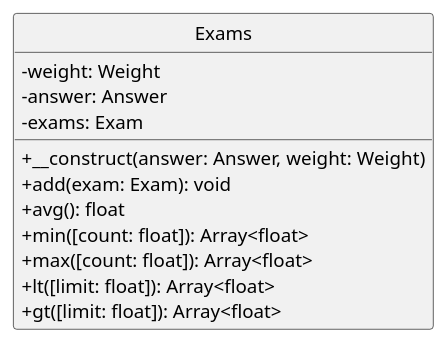
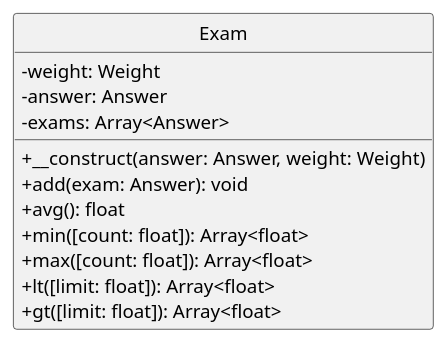
The diagram in src/pages/exercises/object-exam/_assets/object-exams.pu (ifpb/exercises), drawn with PlantUML before and after one commit. The commit also changed 6 other files, not shown here.

```diff
--- a/src/pages/exercises/object-exam/_assets/object-exams.pu
+++ b/src/pages/exercises/object-exam/_assets/object-exams.pu
@@ -1,18 +1,18 @@
 @startuml
 skinparam classAttributeIconSize 0
 skinparam monochrome true
 hide circle
 
-class Exams {
+class Exam {
   -weight: Weight
   -answer: Answer
-  -exams: Exam
+  -exams: Array<Answer>
   +__construct(answer: Answer, weight: Weight)
-  +add(exam: Exam): void
+  +add(exam: Answer): void
   +avg(): float
   +min([count: float]): Array<float>
   +max([count: float]): Array<float>
   +lt([limit: float]): Array<float>
   +gt([limit: float]): Array<float>
 }
 @enduml
```
